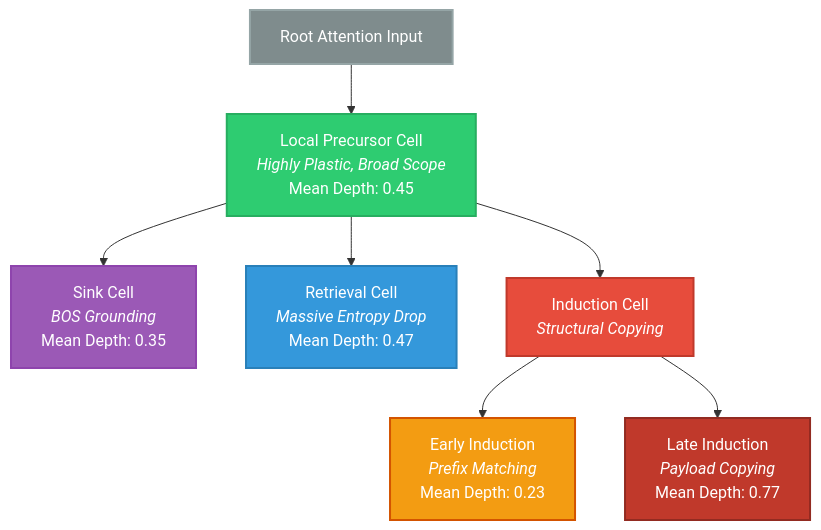
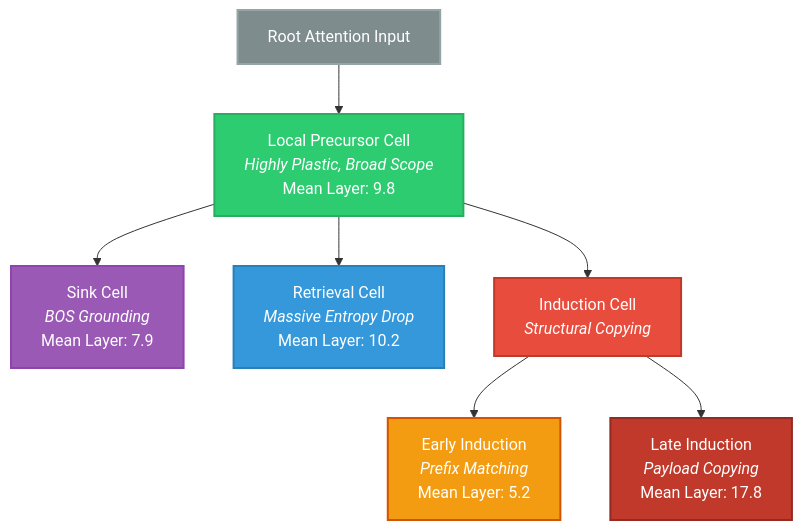
Before and after one commit to skhavin/attentionheadgenome: the diagram in outputs/final_artifacts/HeadGenome_Master_Report.md, drawn with Mermaid. The commit also changed other lines of this file and 2 other files, not shown here.

Commit message:
docs: plot absolute layer axes on headgenome map and update stats

````diff
--- a/outputs/final_artifacts/HeadGenome_Master_Report.md
+++ b/outputs/final_artifacts/HeadGenome_Master_Report.md
@@ -147,31 +147,31 @@
 ```mermaid
 graph TD
     classDef stem fill:#2ecc71,stroke:#27ae60,stroke-width:2px,color:#fff;
     classDef sink fill:#9b59b6,stroke:#8e44ad,stroke-width:2px,color:#fff;
     classDef ret fill:#3498db,stroke:#2980b9,stroke-width:2px,color:#fff;
     classDef ind fill:#e74c3c,stroke:#c0392b,stroke-width:2px,color:#fff;
     classDef early fill:#f39c12,stroke:#d35400,stroke-width:2px,color:#fff;
     classDef late fill:#c0392b,stroke:#922b21,stroke-width:2px,color:#fff;
     classDef root fill:#7f8c8d,stroke:#95a5a6,stroke-width:2px,color:#fff;
 
     Root[Root Attention Input]:::root
     
-    Local[Local Precursor Cell<br><i>Highly Plastic, Broad Scope</i><br>Mean Depth: 0.45]:::stem
+    Local[Local Precursor Cell<br><i>Highly Plastic, Broad Scope</i><br>Mean Layer: 9.8]:::stem
     
     Root --> Local
     
-    Sink[Sink Cell<br><i>BOS Grounding</i><br>Mean Depth: 0.35]:::sink
+    Sink[Sink Cell<br><i>BOS Grounding</i><br>Mean Layer: 7.9]:::sink
     Local --> Sink
     
-    Ret[Retrieval Cell<br><i>Massive Entropy Drop</i><br>Mean Depth: 0.47]:::ret
+    Ret[Retrieval Cell<br><i>Massive Entropy Drop</i><br>Mean Layer: 10.2]:::ret
     Local --> Ret
     
     Ind[Induction Cell<br><i>Structural Copying</i>]:::ind
     Local --> Ind
     
-    EInd[Early Induction<br><i>Prefix Matching</i><br>Mean Depth: 0.23]:::early
-    LInd[Late Induction<br><i>Payload Copying</i><br>Mean Depth: 0.77]:::late
+    EInd[Early Induction<br><i>Prefix Matching</i><br>Mean Layer: 5.2]:::early
+    LInd[Late Induction<br><i>Payload Copying</i><br>Mean Layer: 17.8]:::late
     
     Ind --> EInd
     Ind --> LInd
 ```
````
